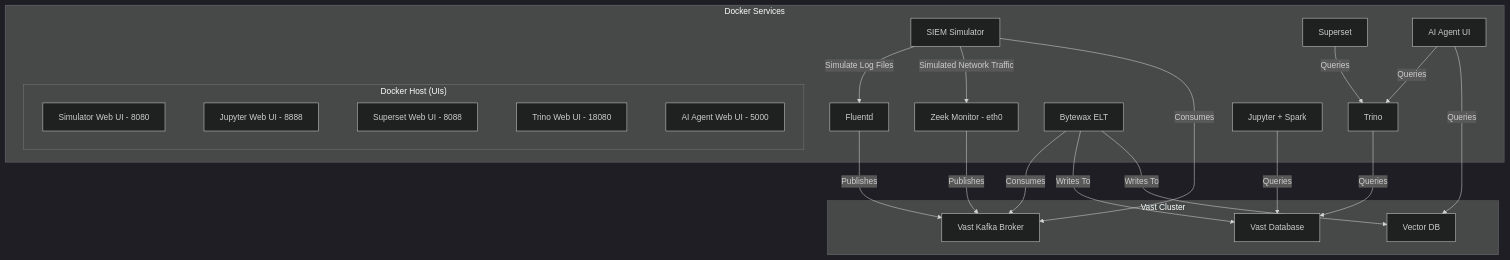
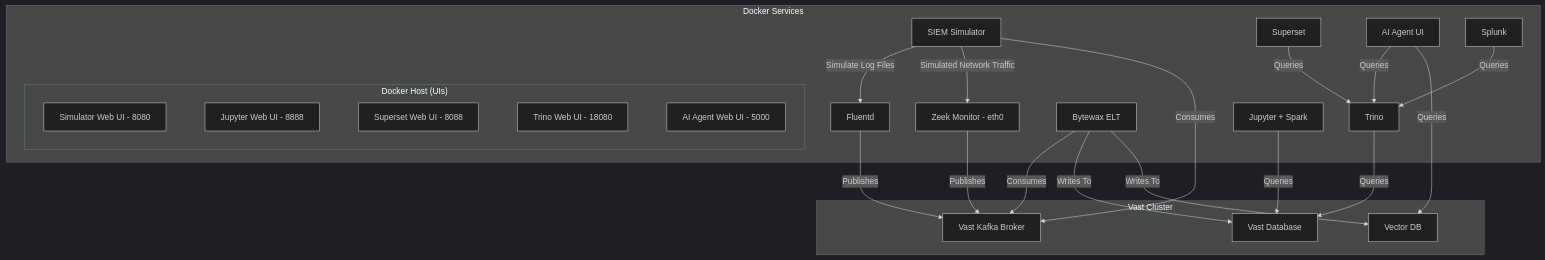
One commit to snowch/vastdata_siem_demo changed the diagram in docs/DESIGN.md. Above: the diagram before and after it, drawn with Mermaid (dark theme).

````diff
--- a/docs/DESIGN.md
+++ b/docs/DESIGN.md
@@ -17,46 +17,47 @@
 ```mermaid
 graph TD
     subgraph "Docker Services"
         Z[Zeek Monitor - eth0]
         S[SIEM Simulator]
         F[Fluentd]
         J[Bytewax ELT]
         T[Trino]
         AS[Superset]
         B[Jupyter + Spark]
         AI[AI Agent UI]
+        SP[Splunk]
 
         S -- Simulate Log Files --> F
         S -- Simulated Network Traffic --> Z
         AS -- Queries --> T
         AI -- Queries --> T
-
+        SP -- Queries --> T
 
         subgraph "Docker Host (UIs)"
             SW[Simulator Web UI - 8080]
             JW[Jupyter Web UI - 8888]
             ASW[Superset Web UI - 8088]
             TW[Trino Web UI - 18080]
             AG[AI Agent Web UI - 5000]
 
             %% This is the new line that forces the vertical layout %%
             SW ~~~ JW ~~~ ASW ~~~ TW ~~~ AG
         end
     end
 
     subgraph "Vast Cluster"
         V[Vector DB]
         K[Vast Kafka Broker]
         VDB[Vast Database]
     end
 
     F -- Publishes --> K
     Z -- Publishes --> K
     J -- Consumes --> K
     S -- Consumes --> K
     J -- Writes To --> VDB
     J -- Writes To --> V
     T -- Queries --> VDB
     B -- Queries --> VDB
     AI -- Queries --> V
 ```
````
